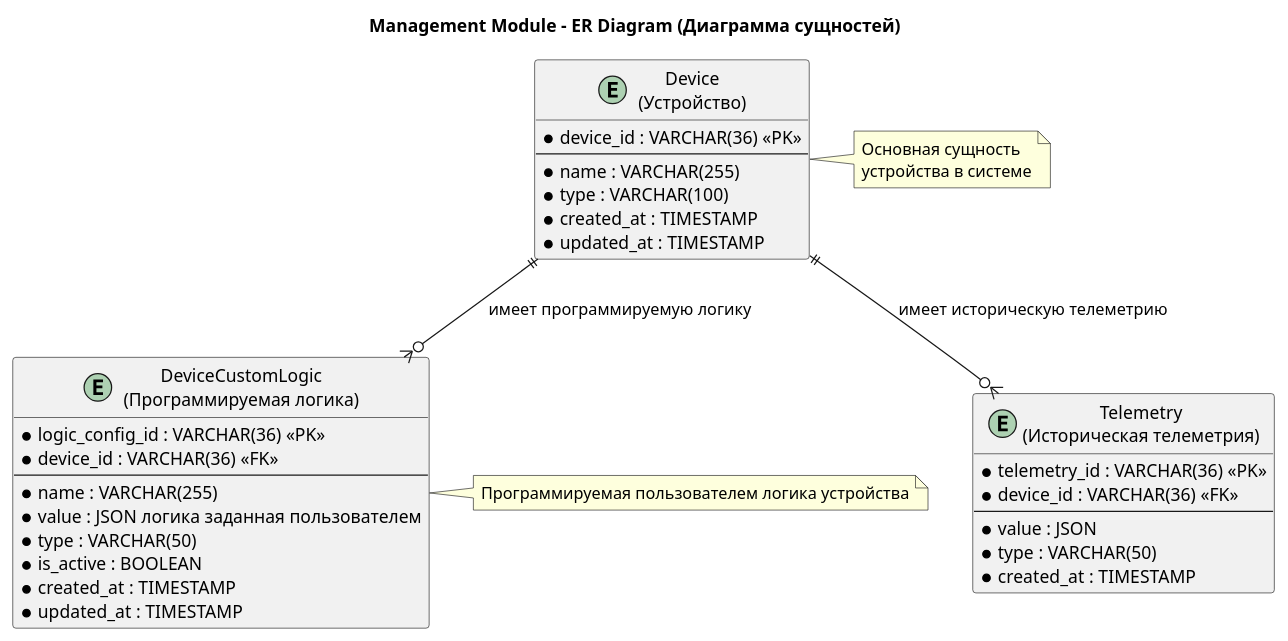
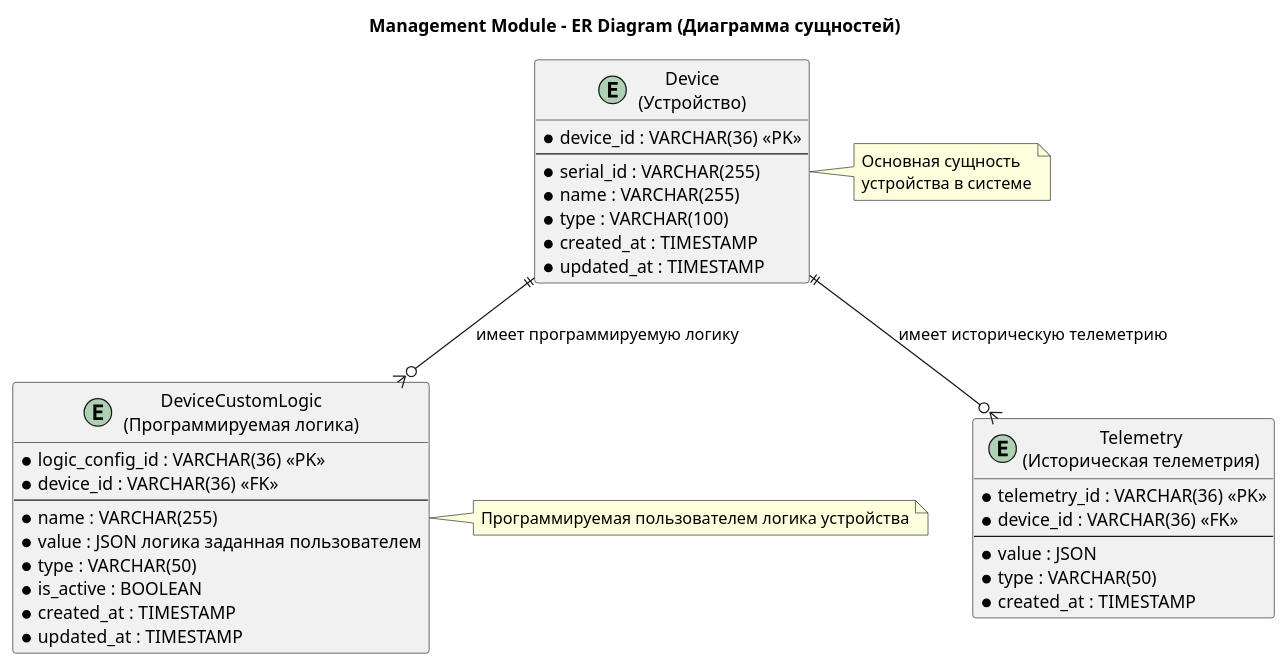
One commit to meramidtest/architecture-warmhouse changed the diagram in schemas/management_module_er.puml. Above: the diagram before and after it, drawn with PlantUML. The commit also changed 17 other files, not shown here.

```diff
--- a/schemas/management_module_er.puml
+++ b/schemas/management_module_er.puml
@@ -1,45 +1,46 @@
 @startuml
 title Management Module - ER Diagram (Диаграмма сущностей)
 
 ' Сущность устройства
 entity "Device\n(Устройство)" as device {
     * device_id : VARCHAR(36) <<PK>>
     --
+    * serial_id : VARCHAR(255)
     * name : VARCHAR(255)
     * type : VARCHAR(100)
     * created_at : TIMESTAMP
     * updated_at : TIMESTAMP
 }
 
 ' Сущность программируемой логики
 entity "DeviceCustomLogic\n(Программируемая логика)" as logicConfig {
     * logic_config_id : VARCHAR(36) <<PK>>
     * device_id : VARCHAR(36) <<FK>>
     --
     * name : VARCHAR(255)
     * value : JSON логика заданная пользователем
     * type : VARCHAR(50)
     * is_active : BOOLEAN
     * created_at : TIMESTAMP
     * updated_at : TIMESTAMP
 }
 
 ' Сущность программируемой логики
 entity "Telemetry\n(Историческая телеметрия)" as telemetry {
     * telemetry_id : VARCHAR(36) <<PK>>
     * device_id : VARCHAR(36) <<FK>>
     --
     * value : JSON
     * type : VARCHAR(50)
     * created_at : TIMESTAMP
 }
 
 ' Связи между сущностями
 device ||--o{ logicConfig : "имеет программируемую логику"
 device ||--o{ telemetry : "имеет историческую телеметрию"
 
 note right of device : Основная сущность\nустройства в системе
 
 note left of logicConfig : Программируемая пользователем логика устройства
 
 @enduml 
```
